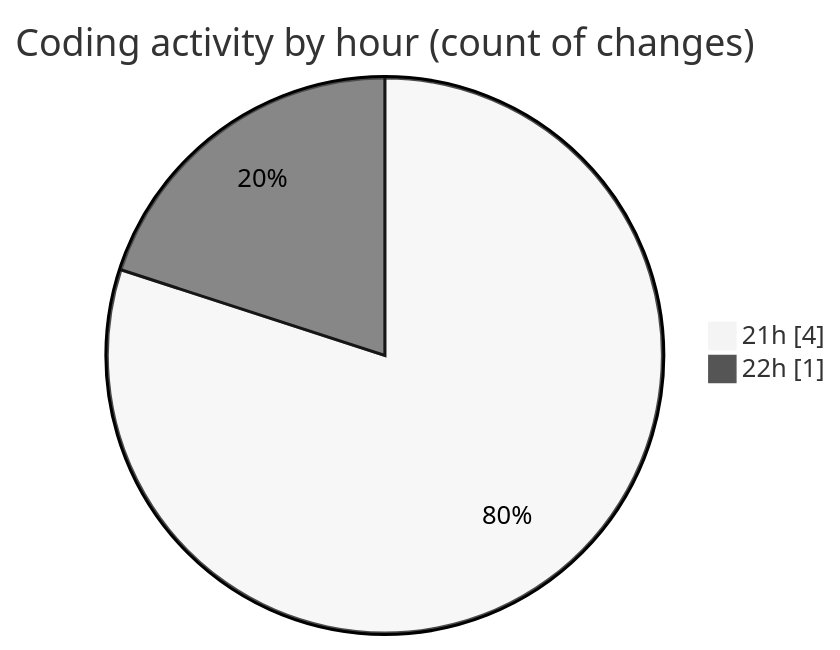
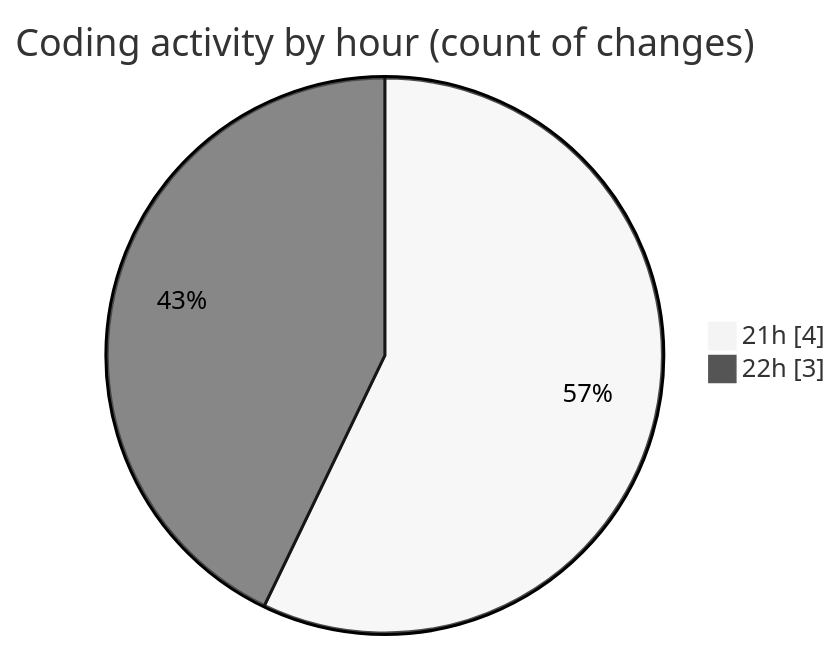
The second of 2 diagrams in 2025-06-25/archive/README.md (JenPaints/code-tracking), drawn with Mermaid (neutral theme) before and after one commit. The commit also changed other lines of this file and 1 other file, not shown here.

````diff
--- a/2025-06-25/archive/README.md
+++ b/2025-06-25/archive/README.md
@@ -30,6 +30,6 @@
 ```mermaid
 pie showData
 title Coding activity by hour (count of changes)
 "21h" : 4
-"22h" : 1
+"22h" : 3
 ```
````
